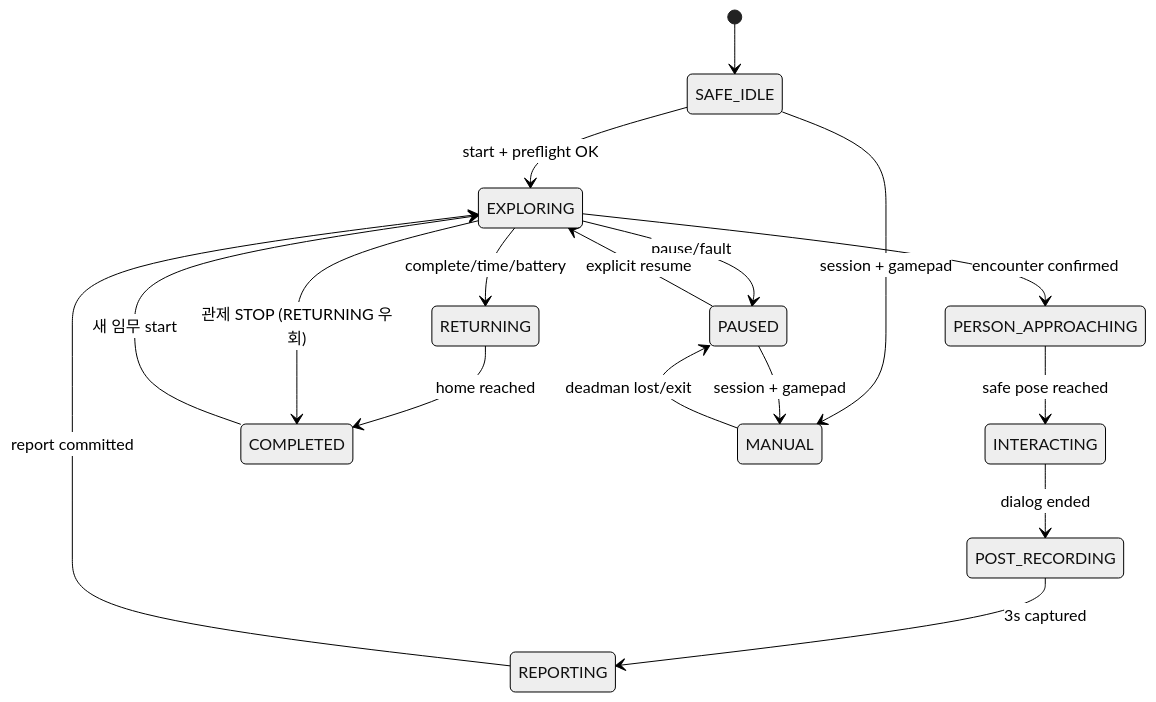
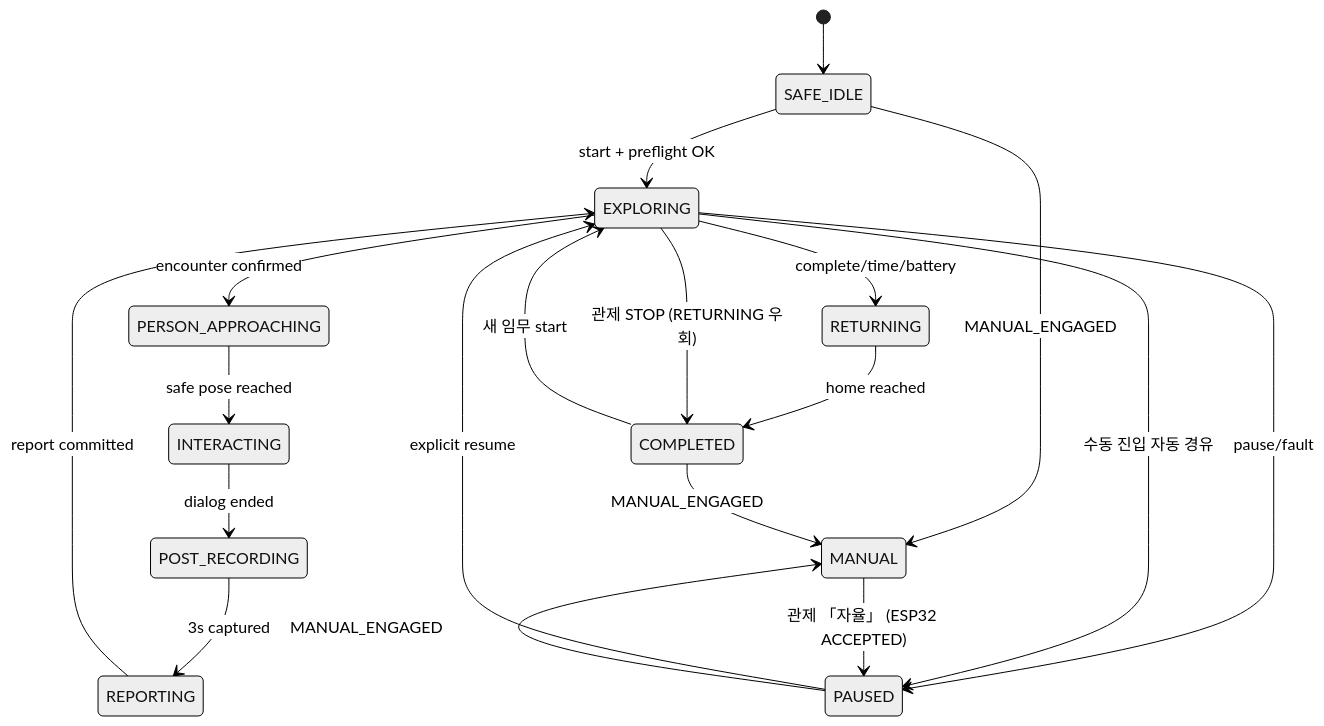
One commit to Common-AIOT/Sentinel-UGV changed the fourth of 4 diagrams in docs/04-자율주행.md. Above: the diagram before and after it, drawn with Mermaid (neutral theme). The commit also changed other lines of this file and 66 other files, not shown here.

````diff
--- a/docs/04-자율주행.md
+++ b/docs/04-자율주행.md
@@ -1027,19 +1086,21 @@
 ```mermaid
 stateDiagram-v2
     [*] --> SAFE_IDLE
     SAFE_IDLE --> EXPLORING: start + preflight OK
     EXPLORING --> PERSON_APPROACHING: encounter confirmed
     PERSON_APPROACHING --> INTERACTING: safe pose reached
     INTERACTING --> POST_RECORDING: dialog ended
     POST_RECORDING --> REPORTING: 3s captured
     REPORTING --> EXPLORING: report committed
     EXPLORING --> RETURNING: complete/time/battery
     RETURNING --> COMPLETED: home reached
     EXPLORING --> COMPLETED: 관제 STOP (RETURNING 우회)
     COMPLETED --> EXPLORING: 새 임무 start
     EXPLORING --> PAUSED: pause/fault
     PAUSED --> EXPLORING: explicit resume
-    SAFE_IDLE --> MANUAL: session + gamepad
-    PAUSED --> MANUAL: session + gamepad
-    MANUAL --> PAUSED: deadman lost/exit
+    SAFE_IDLE --> MANUAL: MANUAL_ENGAGED
+    PAUSED --> MANUAL: MANUAL_ENGAGED
+    COMPLETED --> MANUAL: MANUAL_ENGAGED
+    EXPLORING --> PAUSED: 수동 진입 자동 경유
+    MANUAL --> PAUSED: 관제 「자율」 (ESP32 ACCEPTED)
 ```
````
